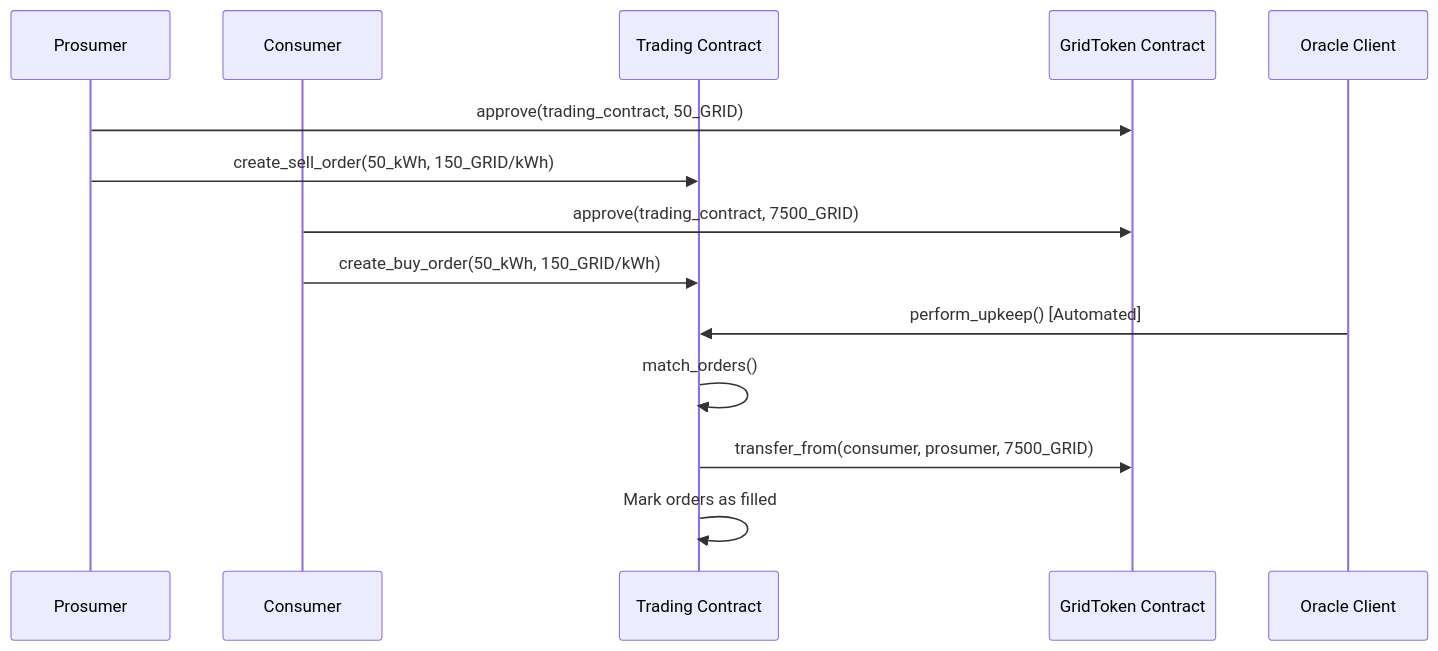
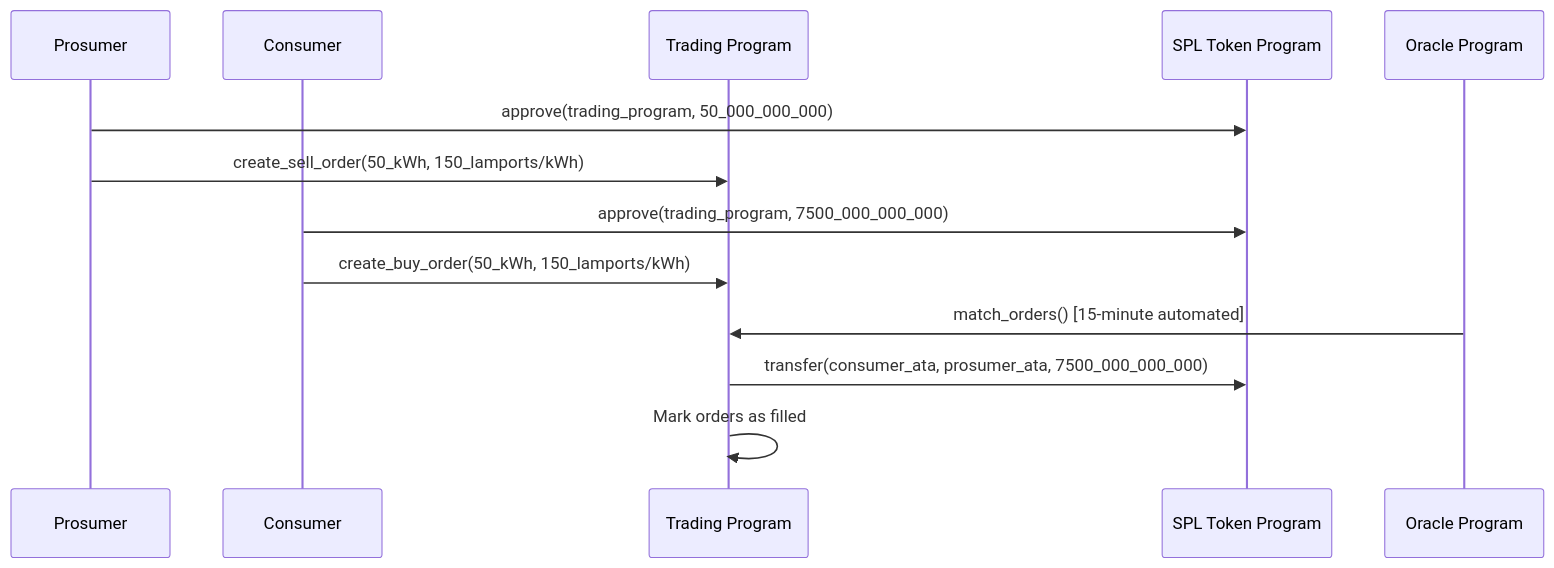
The fourth of 5 diagrams in docs/TECHNICAL_SUMMARY.md (NakaSato/p2p), drawn with Mermaid before and after one commit. The commit also changed other lines of this file and 21 other files, not shown here.

````diff
--- a/docs/TECHNICAL_SUMMARY.md
+++ b/docs/TECHNICAL_SUMMARY.md
@@ -214,17 +257,16 @@
 ```mermaid
 sequenceDiagram
     participant P as Prosumer
     participant C as Consumer
-    participant TC as Trading Contract
-    participant GT as GridToken Contract
-    participant O as Oracle Client
+    participant TP as Trading Program
+    participant SPL as SPL Token Program
+    participant OP as Oracle Program
     
-    P->>GT: approve(trading_contract, 50_GRID)
-    P->>TC: create_sell_order(50_kWh, 150_GRID/kWh)
-    C->>GT: approve(trading_contract, 7500_GRID)
-    C->>TC: create_buy_order(50_kWh, 150_GRID/kWh)
-    O->>TC: perform_upkeep() [Automated]
-    TC->>TC: match_orders()
-    TC->>GT: transfer_from(consumer, prosumer, 7500_GRID)
-    TC->>TC: Mark orders as filled
+    P->>SPL: approve(trading_program, 50_000_000_000)
+    P->>TP: create_sell_order(50_kWh, 150_lamports/kWh)
+    C->>SPL: approve(trading_program, 7500_000_000_000)
+    C->>TP: create_buy_order(50_kWh, 150_lamports/kWh)
+    OP->>TP: match_orders() [15-minute automated]
+    TP->>SPL: transfer(consumer_ata, prosumer_ata, 7500_000_000_000)
+    TP->>TP: Mark orders as filled
 ```
````
